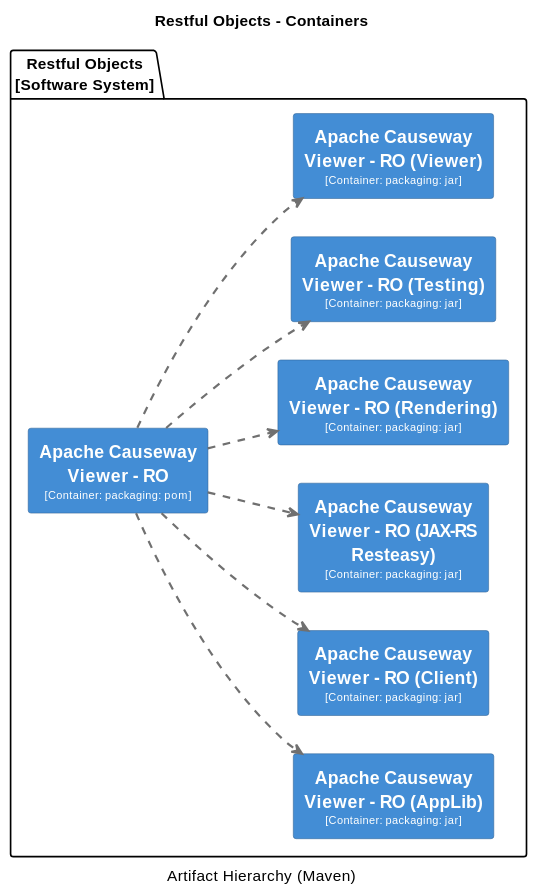
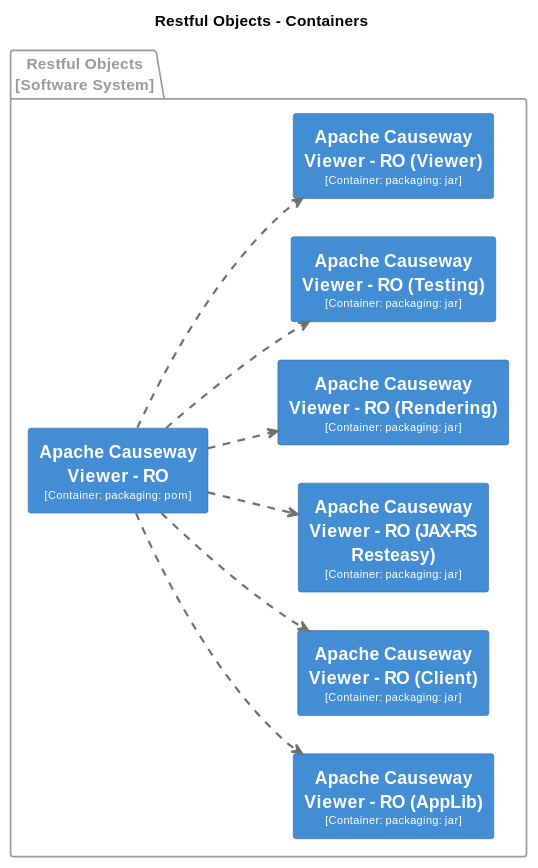
Before and after one commit to apache/causeway: diagram 16 of 31 in core/adoc/modules/_overview/pages/about.adoc, drawn with PlantUML. The commit also changed other lines of this file and 7 other files, not shown here.

```diff
--- a/core/adoc/modules/_overview/pages/about.adoc
+++ b/core/adoc/modules/_overview/pages/about.adoc
@@ -2577,67 +2936,75 @@
 [plantuml,Restful Objects,svg]
 ----
-@startuml(id=Restful_Objects)
+@startuml
+set separator none
 title Restful Objects - Containers
-caption Artifact Hierarchy (Maven)
+
+left to right direction
 
 skinparam {
   shadowing false
   arrowFontSize 10
   defaultTextAlignment center
   wrapWidth 200
   maxMessageSize 100
 }
+
 hide stereotype
-left to right direction
-skinparam rectangle<<2>> {
+
+skinparam rectangle<<RestfulObjects.ApacheCausewayViewerRO>> {
   BackgroundColor #438dd5
   FontColor #fffffe
   BorderColor #2e6295
 }
-skinparam rectangle<<3>> {
+skinparam rectangle<<RestfulObjects.ApacheCausewayViewerROAppLib>> {
   BackgroundColor #438dd5
   FontColor #fffffe
   BorderColor #2e6295
 }
-skinparam rectangle<<4>> {
+skinparam rectangle<<RestfulObjects.ApacheCausewayViewerROClient>> {
   BackgroundColor #438dd5
   FontColor #fffffe
   BorderColor #2e6295
 }
-skinparam rectangle<<5>> {
+skinparam rectangle<<RestfulObjects.ApacheCausewayViewerROJAXRSResteasy>> {
   BackgroundColor #438dd5
   FontColor #fffffe
   BorderColor #2e6295
 }
-skinparam rectangle<<6>> {
+skinparam rectangle<<RestfulObjects.ApacheCausewayViewerRORendering>> {
   BackgroundColor #438dd5
   FontColor #fffffe
   BorderColor #2e6295
 }
-skinparam rectangle<<7>> {
+skinparam rectangle<<RestfulObjects.ApacheCausewayViewerROTesting>> {
   BackgroundColor #438dd5
   FontColor #fffffe
   BorderColor #2e6295
 }
-skinparam rectangle<<8>> {
+skinparam rectangle<<RestfulObjects.ApacheCausewayViewerROViewer>> {
   BackgroundColor #438dd5
   FontColor #fffffe
   BorderColor #2e6295
 }
-package "Restful Objects\n[Software System]" {
-  rectangle "==Apache Causeway Viewer - RO\n<size:10>[Container: packaging: pom]</size>" <<2>> as 2
-  rectangle "==Apache Causeway Viewer - RO (AppLib)\n<size:10>[Container: packaging: jar]</size>" <<3>> as 3
-  rectangle "==Apache Causeway Viewer - RO (Client)\n<size:10>[Container: packaging: jar]</size>" <<4>> as 4
-  rectangle "==Apache Causeway Viewer - RO (JAX-RS Resteasy)\n<size:10>[Container: packaging: jar]</size>" <<5>> as 5
-  rectangle "==Apache Causeway Viewer - RO (Rendering)\n<size:10>[Container: packaging: jar]</size>" <<6>> as 6
-  rectangle "==Apache Causeway Viewer - RO (Testing)\n<size:10>[Container: packaging: jar]</size>" <<7>> as 7
-  rectangle "==Apache Causeway Viewer - RO (Viewer)\n<size:10>[Container: packaging: jar]</size>" <<8>> as 8
+
+package "Restful Objects\n[Software System]" <<RestfulObjects>> {
+  skinparam PackageBorderColor<<RestfulObjects>> #9a9a9a
+  skinparam PackageFontColor<<RestfulObjects>> #9a9a9a
+
+  rectangle "==Apache Causeway Viewer - RO\n<size:10>[Container: packaging: pom]</size>" <<RestfulObjects.ApacheCausewayViewerRO>> as RestfulObjects.ApacheCausewayViewerRO
+  rectangle "==Apache Causeway Viewer - RO (AppLib)\n<size:10>[Container: packaging: jar]</size>" <<RestfulObjects.ApacheCausewayViewerROAppLib>> as RestfulObjects.ApacheCausewayViewerROAppLib
+  rectangle "==Apache Causeway Viewer - RO (Client)\n<size:10>[Container: packaging: jar]</size>" <<RestfulObjects.ApacheCausewayViewerROClient>> as RestfulObjects.ApacheCausewayViewerROClient
+  rectangle "==Apache Causeway Viewer - RO (JAX-RS Resteasy)\n<size:10>[Container: packaging: jar]</size>" <<RestfulObjects.ApacheCausewayViewerROJAXRSResteasy>> as RestfulObjects.ApacheCausewayViewerROJAXRSResteasy
+  rectangle "==Apache Causeway Viewer - RO (Rendering)\n<size:10>[Container: packaging: jar]</size>" <<RestfulObjects.ApacheCausewayViewerRORendering>> as RestfulObjects.ApacheCausewayViewerRORendering
+  rectangle "==Apache Causeway Viewer - RO (Testing)\n<size:10>[Container: packaging: jar]</size>" <<RestfulObjects.ApacheCausewayViewerROTesting>> as RestfulObjects.ApacheCausewayViewerROTesting
+  rectangle "==Apache Causeway Viewer - RO (Viewer)\n<size:10>[Container: packaging: jar]</size>" <<RestfulObjects.ApacheCausewayViewerROViewer>> as RestfulObjects.ApacheCausewayViewerROViewer
 }
-2 .[#707070,thickness=2].> 3 : ""
-2 .[#707070,thickness=2].> 4 : ""
-2 .[#707070,thickness=2].> 5 : ""
-2 .[#707070,thickness=2].> 6 : ""
-2 .[#707070,thickness=2].> 7 : ""
-2 .[#707070,thickness=2].> 8 : ""
+
+RestfulObjects.ApacheCausewayViewerRO .[#707070,thickness=2].> RestfulObjects.ApacheCausewayViewerROClient : "<color:#707070>"
+RestfulObjects.ApacheCausewayViewerRO .[#707070,thickness=2].> RestfulObjects.ApacheCausewayViewerROJAXRSResteasy : "<color:#707070>"
+RestfulObjects.ApacheCausewayViewerRO .[#707070,thickness=2].> RestfulObjects.ApacheCausewayViewerRORendering : "<color:#707070>"
+RestfulObjects.ApacheCausewayViewerRO .[#707070,thickness=2].> RestfulObjects.ApacheCausewayViewerROTesting : "<color:#707070>"
+RestfulObjects.ApacheCausewayViewerRO .[#707070,thickness=2].> RestfulObjects.ApacheCausewayViewerROViewer : "<color:#707070>"
+RestfulObjects.ApacheCausewayViewerRO .[#707070,thickness=2].> RestfulObjects.ApacheCausewayViewerROAppLib : "<color:#707070>"
 @enduml
 ----
```
